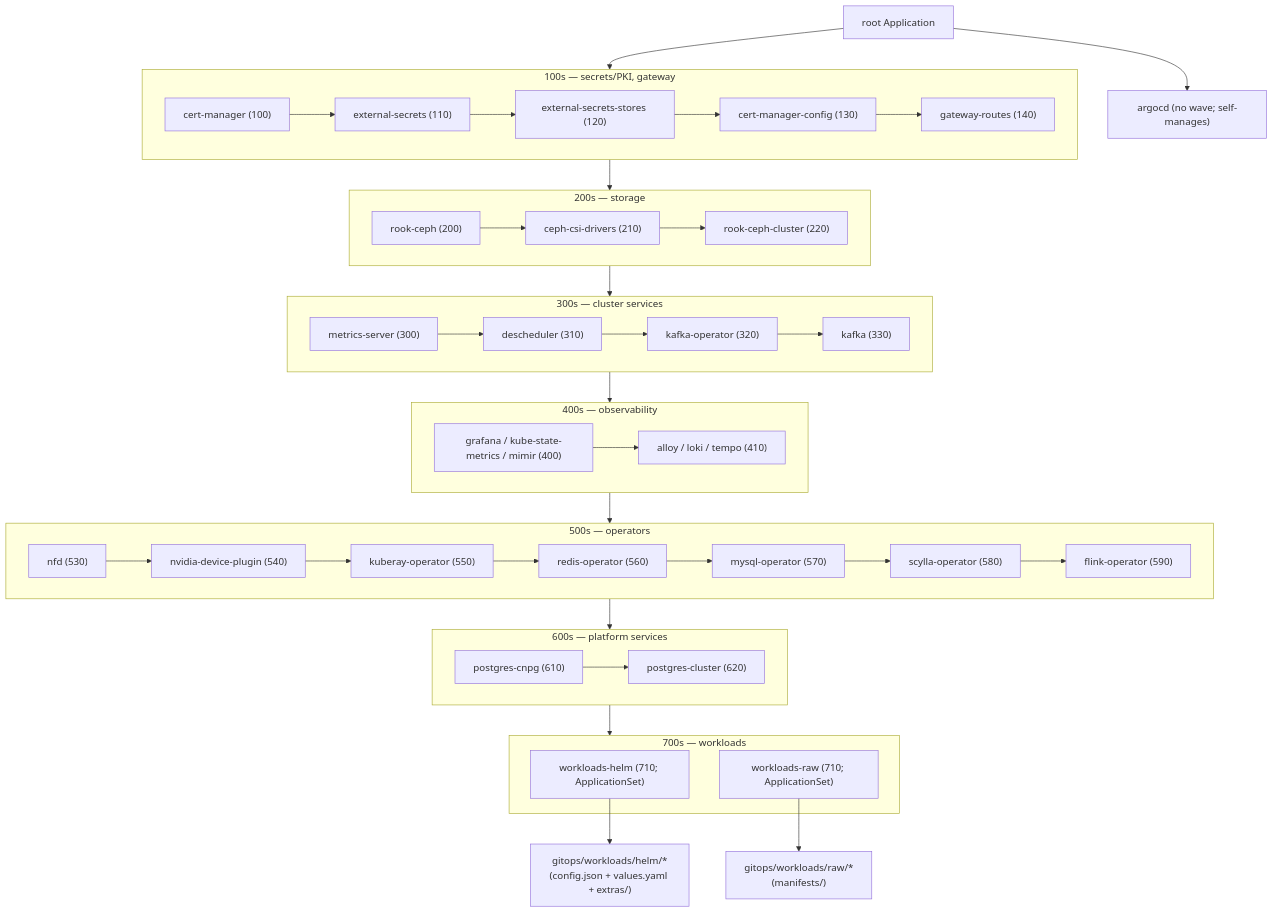
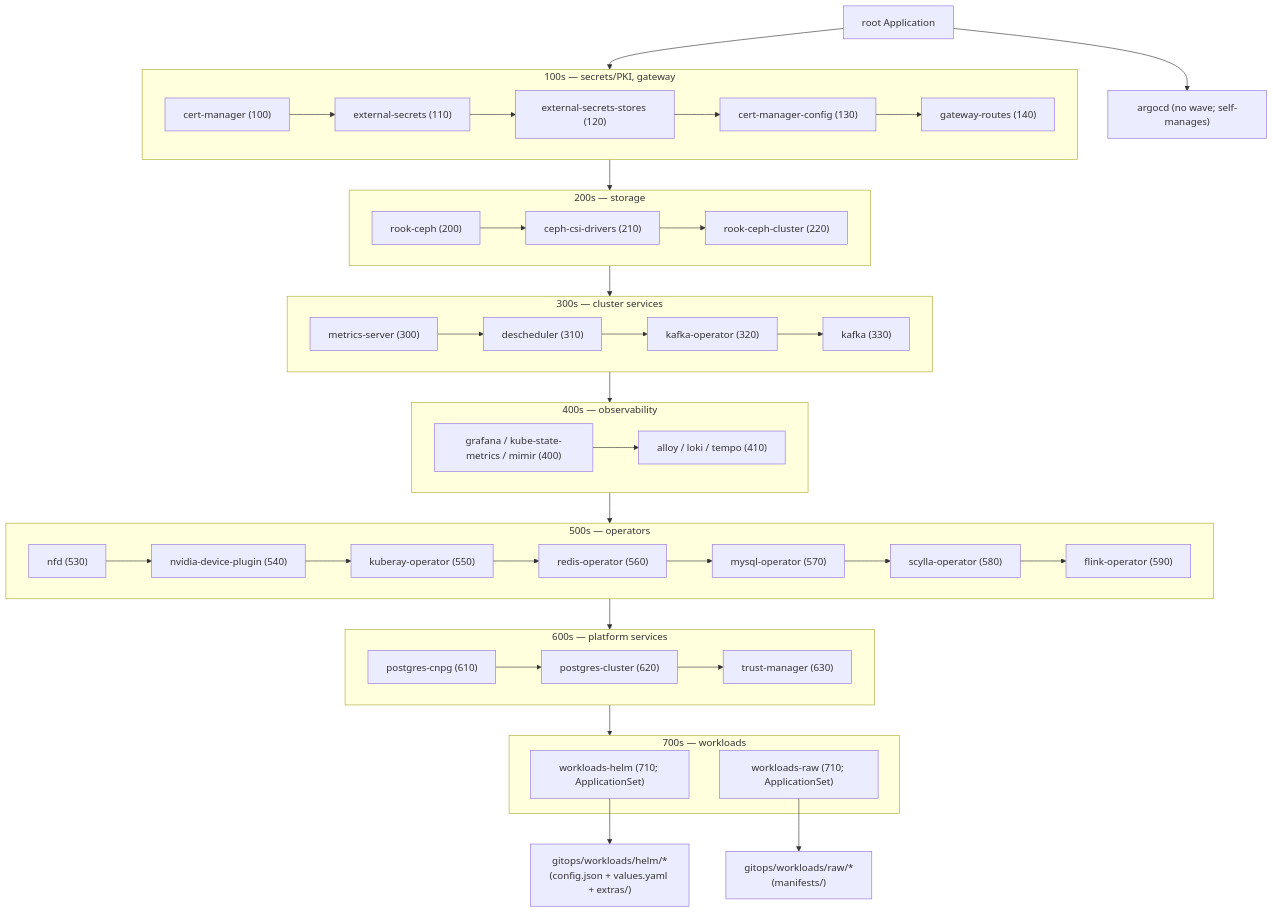
Before and after one commit to hangxie/homelab: the diagram in README.md, drawn with Mermaid. The commit also changed other lines of this file and 35 other files, not shown here.

````diff
--- a/README.md
+++ b/README.md
@@ -32,52 +32,53 @@
 ```mermaid
 flowchart TD
     root["root Application"]
     argocd["argocd (no wave; self-manages)"]
     root --> argocd
     root --> secrets
 
     subgraph secrets["100s — secrets/PKI, gateway"]
         cert-manager["cert-manager (100)"] --> external-secrets["external-secrets (110)"]
         external-secrets --> stores["external-secrets-stores (120)"]
         stores --> cm-config["cert-manager-config (130)"]
         cm-config --> gateway-routes["gateway-routes (140)"]
     end
 
     subgraph storage["200s — storage"]
         rook-ceph["rook-ceph (200)"] --> csi["ceph-csi-drivers (210)"]
         csi --> ceph-cluster["rook-ceph-cluster (220)"]
     end
 
     subgraph cluster-svcs["300s — cluster services"]
         metrics-server["metrics-server (300)"] --> descheduler["descheduler (310)"]
         descheduler --> kafka-operator["kafka-operator (320)"]
         kafka-operator --> kafka["kafka (330)"]
     end
 
     subgraph observability["400s — observability"]
         metrics["grafana / kube-state-metrics / mimir (400)"] --> telemetry["alloy / loki / tempo (410)"]
     end
 
     subgraph operators["500s — operators"]
         nfd["nfd (530)"] --> nvidia["nvidia-device-plugin (540)"]
         nvidia --> kuberay["kuberay-operator (550)"]
         kuberay --> redis-op["redis-operator (560)"]
         redis-op --> mysql-op["mysql-operator (570)"]
         mysql-op --> scylla-op["scylla-operator (580)"]
         scylla-op --> flink-op["flink-operator (590)"]
     end
 
     subgraph platform-svcs["600s — platform services"]
         cnpg["postgres-cnpg (610)"] --> pg-cluster["postgres-cluster (620)"]
+        pg-cluster --> trust-manager["trust-manager (630)"]
     end
 
     subgraph workloads["700s — workloads"]
         wl-helm["workloads-helm (710; ApplicationSet)"]
         wl-raw["workloads-raw (710; ApplicationSet)"]
     end
 
     secrets --> storage --> cluster-svcs --> observability --> operators --> platform-svcs --> workloads
 
     wl-helm --> helm-apps["gitops/workloads/helm/*<br>(config.json + values.yaml + extras/)"]
     wl-raw --> raw-apps["gitops/workloads/raw/*<br>(manifests/)"]
 ```
````
